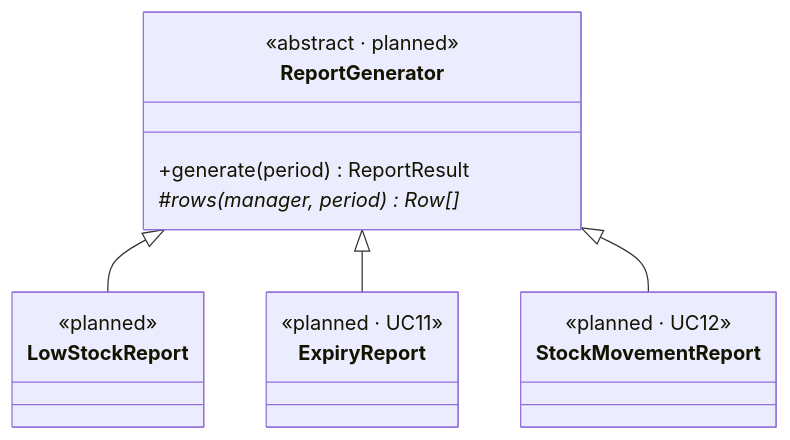
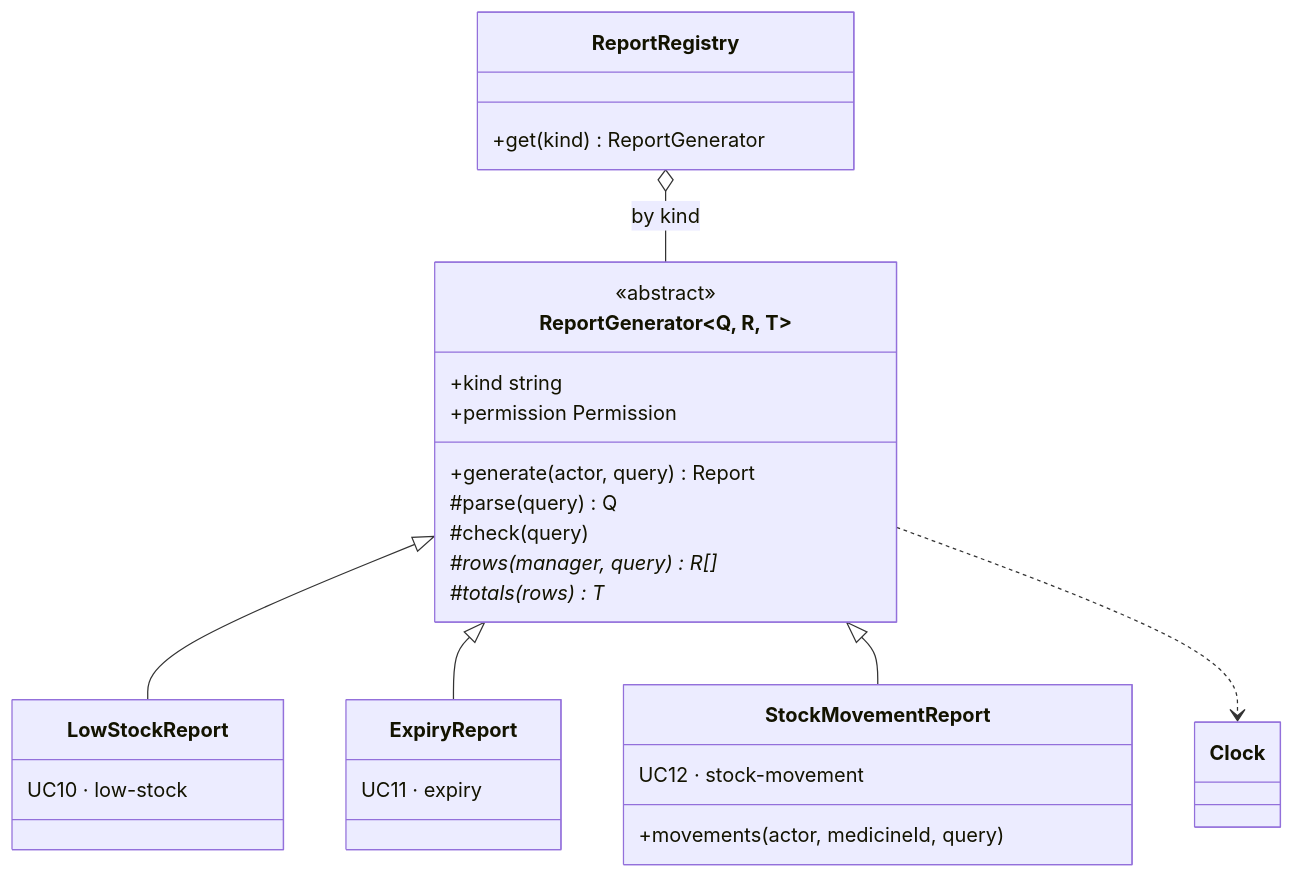
One commit to NeitLN/261_72ITSE41704_2474802010391_PharmacyStock changed the tenth of 10 diagrams in docs/diagrams/class-diagram.md. Above: the diagram before and after it, drawn with Mermaid. The commit also changed other lines of this file and 3 other files, not shown here.

First line of the commit message:
Regenerate the class diagram, ERD and data dictionary from the code; mark unused classes (#71)

````diff
--- a/docs/diagrams/class-diagram.md
+++ b/docs/diagrams/class-diagram.md
@@ -550,20 +605,31 @@
 ```mermaid
 classDiagram
-    class ReportGenerator {
-        <<abstract · planned>>
-        +generate(period) ReportResult
-        #rows(manager, period)* Row[]
+    class ReportGenerator~Q, R, T~ {
+        <<abstract>>
+        +kind string
+        +permission Permission
+        +generate(actor, query) Report
+        #parse(query) Q
+        #check(query)
+        #rows(manager, query)* R[]
+        #totals(rows)* T
     }
     class LowStockReport {
-        <<planned>>
+        UC10 · low-stock
     }
     class ExpiryReport {
-        <<planned · UC11>>
+        UC11 · expiry
     }
     class StockMovementReport {
-        <<planned · UC12>>
+        UC12 · stock-movement
+        +movements(actor, medicineId, query)
+    }
+    class ReportRegistry {
+        +get(kind) ReportGenerator
     }
     ReportGenerator <|-- LowStockReport
     ReportGenerator <|-- ExpiryReport
     ReportGenerator <|-- StockMovementReport
+    ReportRegistry o-- ReportGenerator : by kind
+    ReportGenerator ..> Clock
 ```
````
